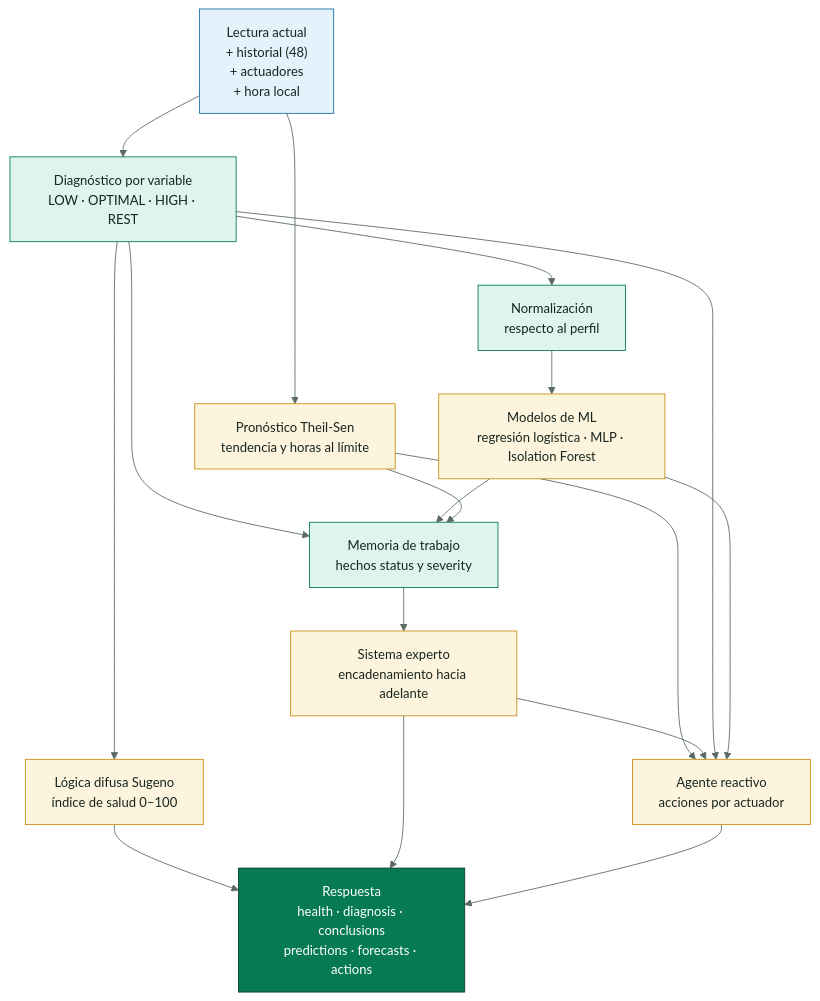
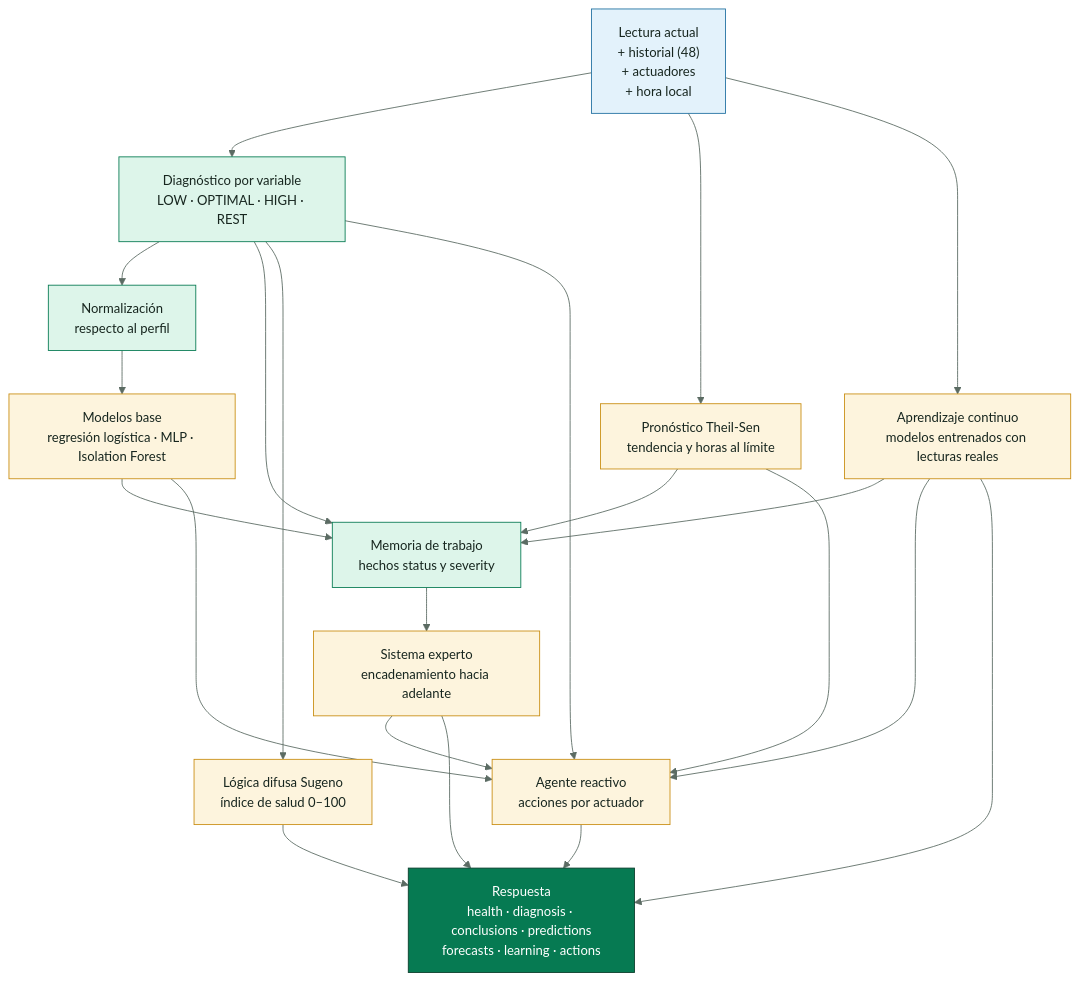
Before and after one commit to SmartPotTech/.github: the diagram in docs/diagramas/SmartPot_03_Asistente_IA.mmd, drawn with Mermaid. The commit also changed 1 other file, not shown here.

Commit message:
Update the AI assistant diagram

```diff
--- a/docs/diagramas/SmartPot_03_Asistente_IA.mmd
+++ b/docs/diagramas/SmartPot_03_Asistente_IA.mmd
@@ -1,26 +1,30 @@
 %%{init: {"theme": "base", "fontFamily": "Segoe UI, Arial, sans-serif", "themeVariables": {"fontFamily": "Segoe UI, Arial, sans-serif", "fontSize": "15px", "primaryColor": "#DDF5EA", "primaryTextColor": "#17261F", "primaryBorderColor": "#067A52", "secondaryColor": "#E3F2FB", "secondaryTextColor": "#17261F", "secondaryBorderColor": "#1F6FA0", "tertiaryColor": "#F2F7F4", "tertiaryTextColor": "#17261F", "tertiaryBorderColor": "#D5E3DC", "lineColor": "#5B6B63", "textColor": "#17261F", "mainBkg": "#DDF5EA", "nodeBorder": "#067A52", "clusterBkg": "#F7FAF8", "clusterBorder": "#D5E3DC", "edgeLabelBackground": "#FFFFFF", "actorBkg": "#067A52", "actorBorder": "#0B3D2B", "actorTextColor": "#FFFFFF", "actorLineColor": "#5B6B63", "signalColor": "#17261F", "signalTextColor": "#17261F", "labelBoxBkgColor": "#0B3D2B", "labelBoxBorderColor": "#0B3D2B", "labelTextColor": "#FFFFFF", "loopTextColor": "#0B3D2B", "noteBkgColor": "#FDF4DD", "noteBorderColor": "#C98D12", "noteTextColor": "#17261F", "activationBkgColor": "#DDF5EA", "activationBorderColor": "#067A52", "attributeBackgroundColorOdd": "#FFFFFF", "attributeBackgroundColorEven": "#F2F7F4"}}}%%
 flowchart TB
   req["Lectura actual<br/>+ historial (48)<br/>+ actuadores<br/>+ hora local"] --> diag["Diagnóstico por variable<br/>LOW · OPTIMAL · HIGH · REST"]
   req --> fc["Pronóstico Theil-Sen<br/>tendencia y horas al límite"]
+  req --> lr["Aprendizaje continuo<br/>modelos entrenados con lecturas reales"]
   diag --> norm["Normalización<br/>respecto al perfil"]
-  norm --> ml["Modelos de ML<br/>regresión logística · MLP · Isolation Forest"]
+  norm --> ml["Modelos base<br/>regresión logística · MLP · Isolation Forest"]
   diag --> mem["Memoria de trabajo<br/>hechos status y severity"]
   ml --> mem
   fc --> mem
+  lr --> mem
   fc --> ag
+  lr --> ag
   mem --> es["Sistema experto<br/>encadenamiento hacia adelante"]
   diag --> fz["Lógica difusa Sugeno<br/>índice de salud 0–100"]
   es --> ag["Agente reactivo<br/>acciones por actuador"]
   diag --> ag
   ml --> ag
-  fz --> out["Respuesta<br/>health · diagnosis · conclusions<br/>predictions · forecasts · actions"]
+  fz --> out["Respuesta<br/>health · diagnosis · conclusions · predictions<br/>forecasts · learning · actions"]
   es --> out
   ag --> out
+  lr --> out
   classDef input fill:#E3F2FB,stroke:#1F6FA0,color:#17261F
   classDef step fill:#DDF5EA,stroke:#067A52,color:#17261F
   classDef brain fill:#FDF4DD,stroke:#C98D12,color:#17261F
   classDef result fill:#067A52,stroke:#0B3D2B,color:#FFFFFF
   class req input
   class diag,norm,mem step
-  class ml,es,fz,ag,fc brain
+  class ml,es,fz,ag,fc,lr brain
   class out result
```
